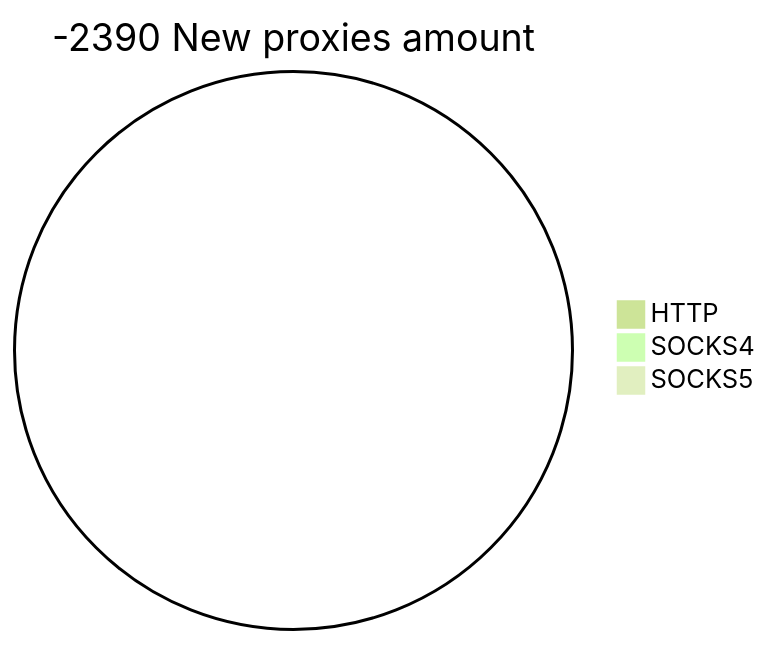
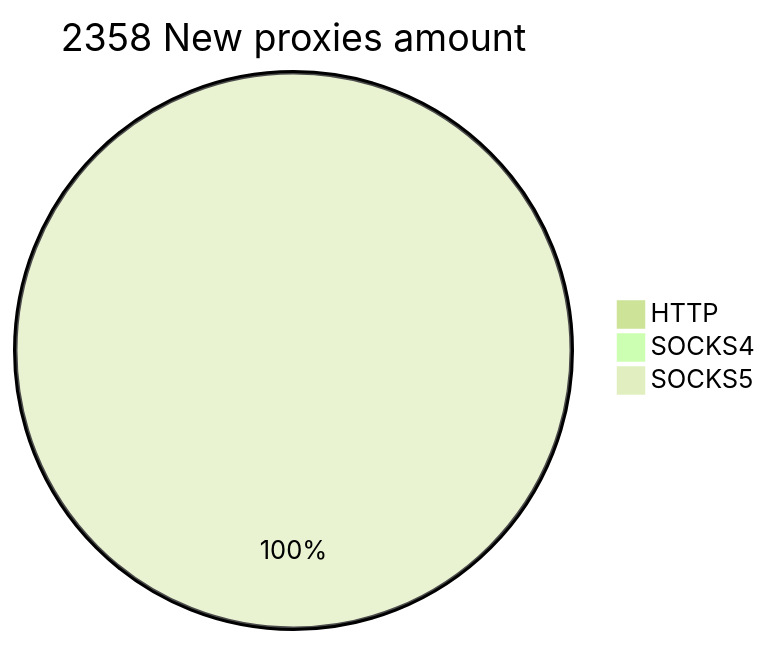
The second of 2 diagrams in README.md (cutipu/proxylist), drawn with Mermaid (forest theme) before and after one commit. The commit also changed other lines of this file, not shown here.

````diff
--- a/README.md
+++ b/README.md
@@ -10,6 +10,6 @@
 ```mermaid
-pie title -2390 New proxies amount
+pie title 2358 New proxies amount
     "HTTP" : 0
     "SOCKS4" : 0
-    "SOCKS5" : 0
+    "SOCKS5" : 2391
 ```
````
